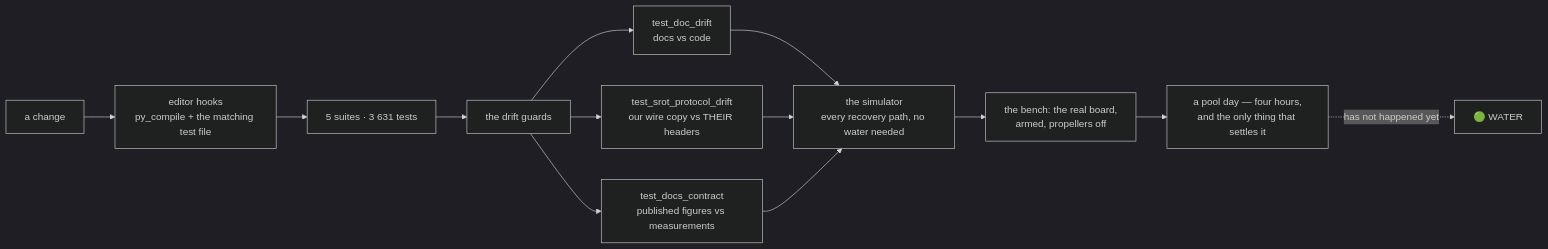
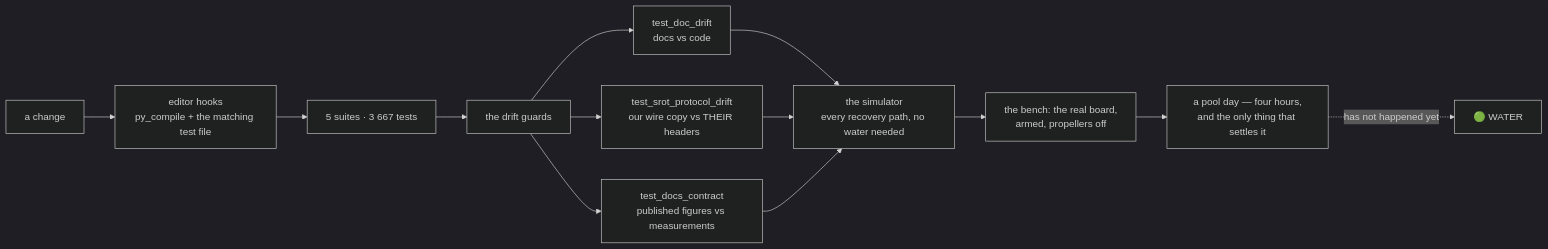
The ninth of 10 diagrams in README.md (fh1m/duburi_ws), drawn with Mermaid (dark theme) before and after one commit. The commit also changed other lines of this file and 10 other files, not shown here.

First line of the commit message:
feat(perception): pose precision, time-to-contact, flow-scale, turbidity, approach band

````diff
--- a/README.md
+++ b/README.md
@@ -752,15 +752,15 @@
 ```mermaid
 flowchart LR
     DEV["a change"] --> HOOK["editor hooks<br/>py_compile + the matching test file"]
-    HOOK --> UNIT["5 suites · 3 631 tests"]
+    HOOK --> UNIT["5 suites · 3 667 tests"]
     UNIT --> GUARD["the drift guards"]
     GUARD --> G1["test_doc_drift<br/>docs vs code"]
     GUARD --> G2["test_srot_protocol_drift<br/>our wire copy vs THEIR headers"]
     GUARD --> G3["test_docs_contract<br/>published figures vs measurements"]
     G1 --> SIM["the simulator<br/>every recovery path, no water needed"]
     G2 --> SIM
     G3 --> SIM
     SIM --> BENCH["the bench: the real board,<br/>armed, propellers off"]
     BENCH --> POOL["a pool day — four hours,<br/>and the only thing that settles it"]
     POOL -.->|"has not happened yet"| WATER["🟢 WATER"]
 ```
````
